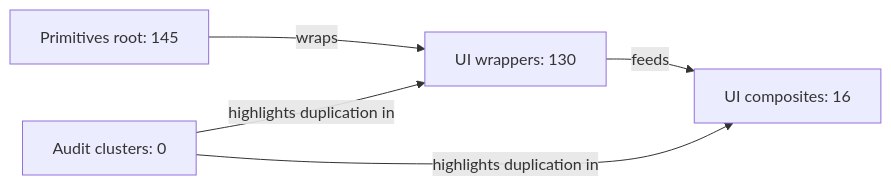
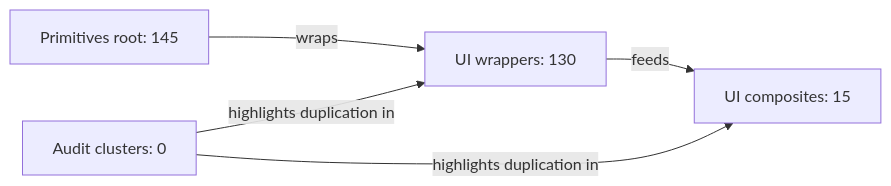
The first of 2 diagrams in reports/architecture-audit.md (rob-balfre/dryui), drawn with Mermaid before and after one commit. The commit also changed other lines of this file and 843 other files, not shown here.

````diff
--- a/reports/architecture-audit.md
+++ b/reports/architecture-audit.md
@@ -18,11 +18,11 @@
 ```mermaid
 flowchart LR
   p_root["Primitives root: 145"]
   u_wrap["UI wrappers: 130"]
-  u_comp["UI composites: 16"]
+  u_comp["UI composites: 15"]
   audit["Audit clusters: 0"]
   p_root -->|wraps| u_wrap
   u_wrap -->|feeds| u_comp
   audit -->|highlights duplication in| u_comp
   audit -->|highlights duplication in| u_wrap
 ```
````
